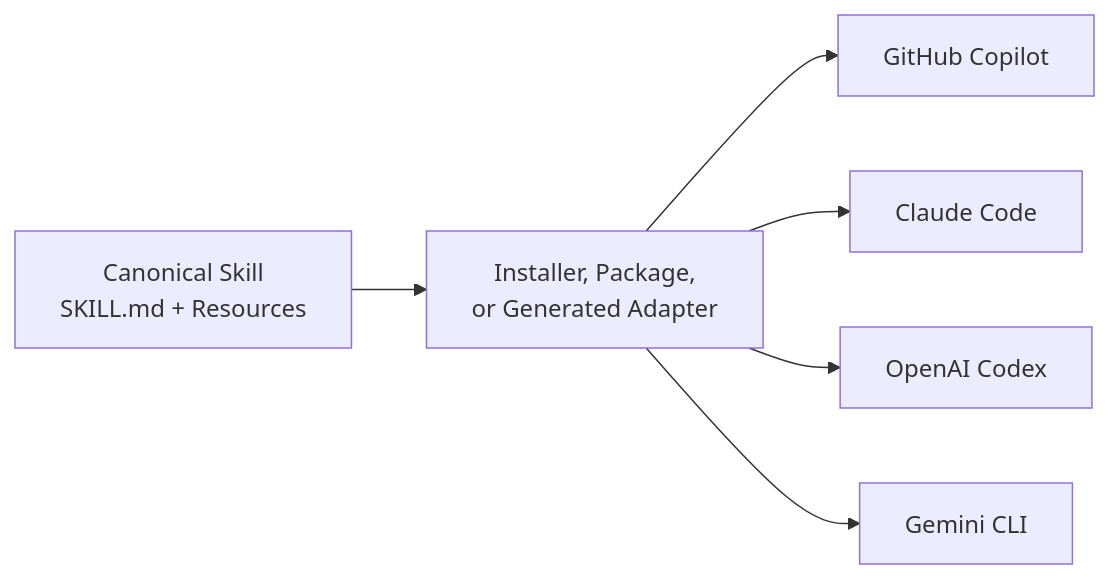
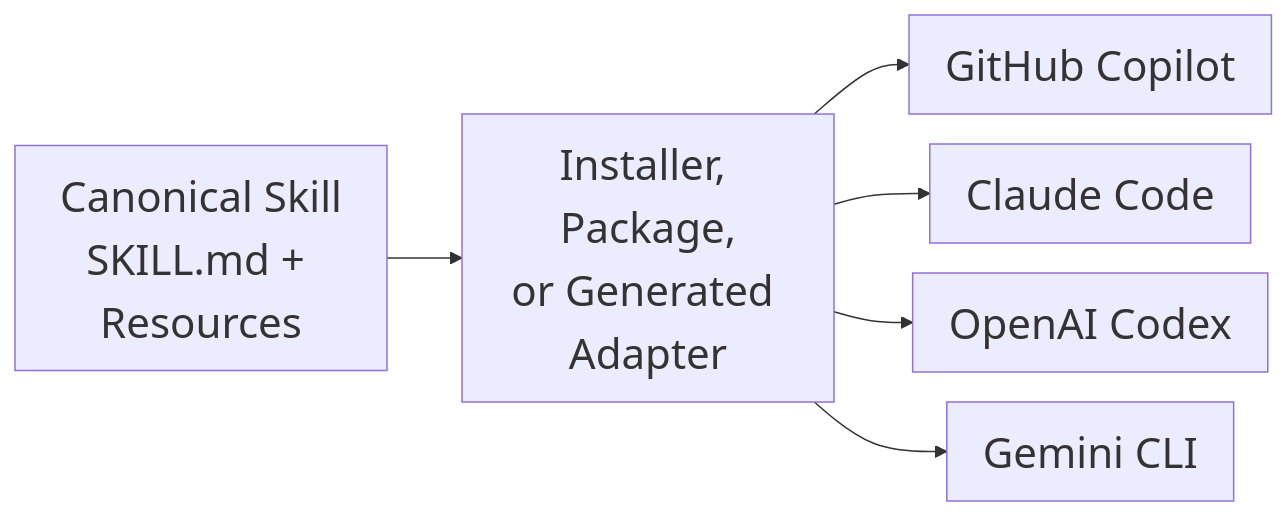
The diagram in slides/img/skill-host-adapters.mmd (codebytes/agent-skills), drawn with Mermaid before and after one commit. The commit also changed 27 other files, not shown here.

First line of the commit message:
Refine agent skills talk and cross-host demo (#8)

```diff
--- a/slides/img/skill-host-adapters.mmd
+++ b/slides/img/skill-host-adapters.mmd
@@ -1,7 +1,18 @@
+---
+config:
+  themeVariables:
+    fontSize: 28px
+  flowchart:
+    nodeSpacing: 20
+    padding: 12
+---
 flowchart LR
+    accTitle: One skill source with host-specific distribution
+    accDescr: A canonical skill is distributed to Copilot, Claude Code, Codex, or Gemini CLI through a compatible package, installer, or native adapter rather than hand-copied workflows.
     S[Canonical Skill<br/>SKILL.md + Resources]
     S --> A[Installer, Package,<br/>or Generated Adapter]
     A --> C[GitHub Copilot]
     A --> D[Claude Code]
     A --> O[OpenAI Codex]
     A --> G[Gemini CLI]
+    %% Sources: https://agentskills.io/specification and https://agent-plugins.org/specification
```
